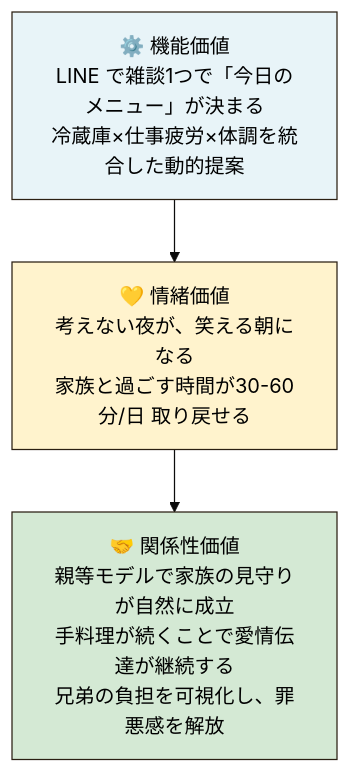
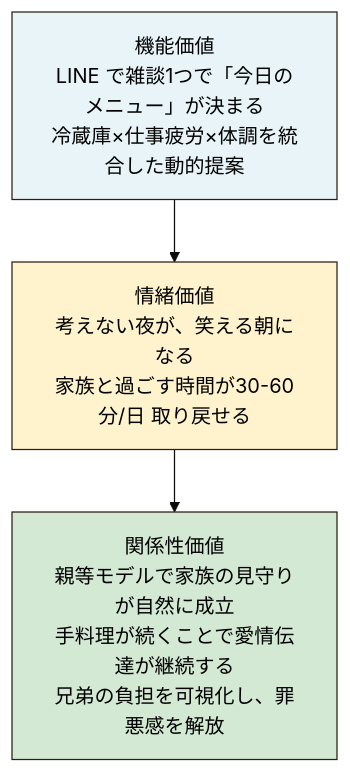
One commit to enomotom-cloud/uchigohan changed the diagram in aidlc-docs/01-requirements-analysis.md. Above: the diagram before and after it, drawn with Mermaid (base theme). The commit also changed 3 other files, not shown here.

Commit message:
docs: remove decorative emojis from mermaid diagrams

````diff
--- a/aidlc-docs/01-requirements-analysis.md
+++ b/aidlc-docs/01-requirements-analysis.md
@@ -84,11 +84,11 @@
 ```mermaid
 graph TB
-    A["⚙️ 機能価値<br/>LINE で雑談1つで「今日のメニュー」が決まる<br/>冷蔵庫×仕事疲労×体調を統合した動的提案"]
-    B["💛 情緒価値<br/>考えない夜が、笑える朝になる<br/>家族と過ごす時間が30-60分/日 取り戻せる"]
-    C["🤝 関係性価値<br/>親等モデルで家族の見守りが自然に成立<br/>手料理が続くことで愛情伝達が継続する<br/>兄弟の負担を可視化し、罪悪感を解放"]
+    A["機能価値<br/>LINE で雑談1つで「今日のメニュー」が決まる<br/>冷蔵庫×仕事疲労×体調を統合した動的提案"]
+    B["情緒価値<br/>考えない夜が、笑える朝になる<br/>家族と過ごす時間が30-60分/日 取り戻せる"]
+    C["関係性価値<br/>親等モデルで家族の見守りが自然に成立<br/>手料理が続くことで愛情伝達が継続する<br/>兄弟の負担を可視化し、罪悪感を解放"]
     A --> B --> C
 
     style A fill:#E8F4F8,stroke:#2A1F12,color:#000
     style B fill:#FFF3CD,stroke:#2A1F12,color:#000
     style C fill:#D4E9D4,stroke:#2A1F12,color:#000
 ```
````
